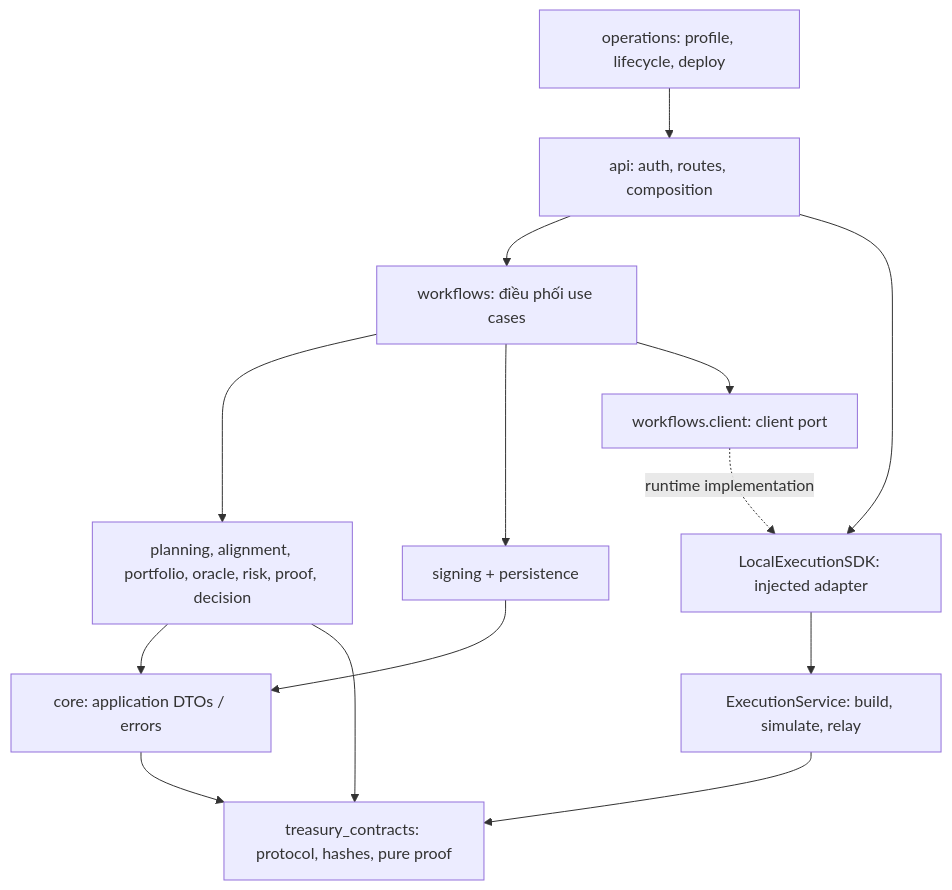
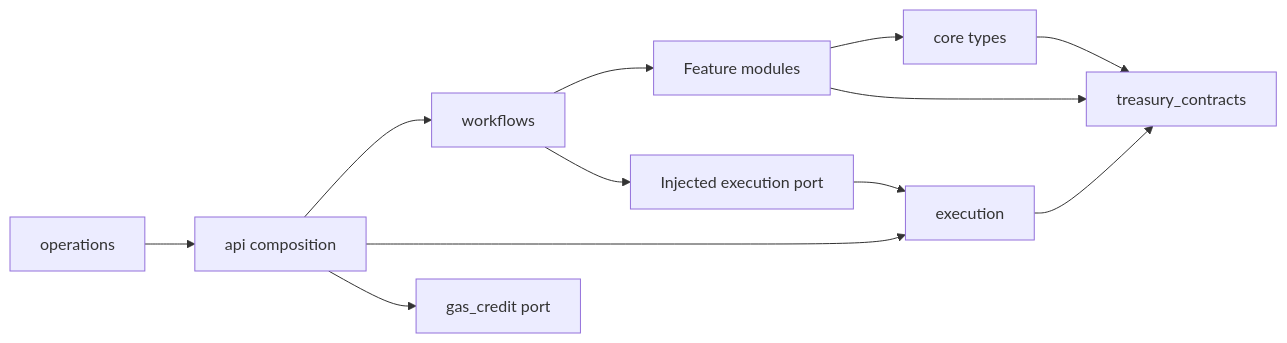
One commit to ursuswh-metamorphic/PaceVant changed the third of 10 diagrams in docs/AI_Treasury_Security_System_Design_v2.1.md. Above: the diagram before and after it, drawn with Mermaid. The commit also changed other lines of this file and 132 other files, not shown here.

````diff
--- a/docs/AI_Treasury_Security_System_Design_v2.1.md
+++ b/docs/AI_Treasury_Security_System_Design_v2.1.md
@@ -163,16 +203,14 @@
 ```mermaid
-flowchart TB
-  OPS["operations: profile, lifecycle, deploy"] --> API["api: auth, routes, composition"]
-  API --> WF["workflows: điều phối use cases"]
-  WF --> F["planning, alignment, portfolio, oracle, risk, proof, decision"]
-  WF --> SIGN["signing + persistence"]
-  WF --> PORT["workflows.client: client port"]
-  API --> ADAPTER["LocalExecutionSDK: injected adapter"]
-  PORT -. "runtime implementation" .-> ADAPTER
-  ADAPTER --> EX["ExecutionService: build, simulate, relay"]
-  F --> CORE["core: application DTOs / errors"]
-  SIGN --> CORE
-  F --> SDK["treasury_contracts: protocol, hashes, pure proof"]
+flowchart LR
+  OPS["operations"] --> API["api composition"]
+  API --> WF["workflows"]
+  API --> EX["execution"]
+  API --> GAS["gas_credit port"]
+  WF --> F["Feature modules"]
+  WF --> PORT["Injected execution port"]
+  PORT --> EX
+  F --> CORE["core types"]
+  F --> SDK["treasury_contracts"]
+  CORE --> SDK
   EX --> SDK
-  CORE --> SDK
 ```
````
